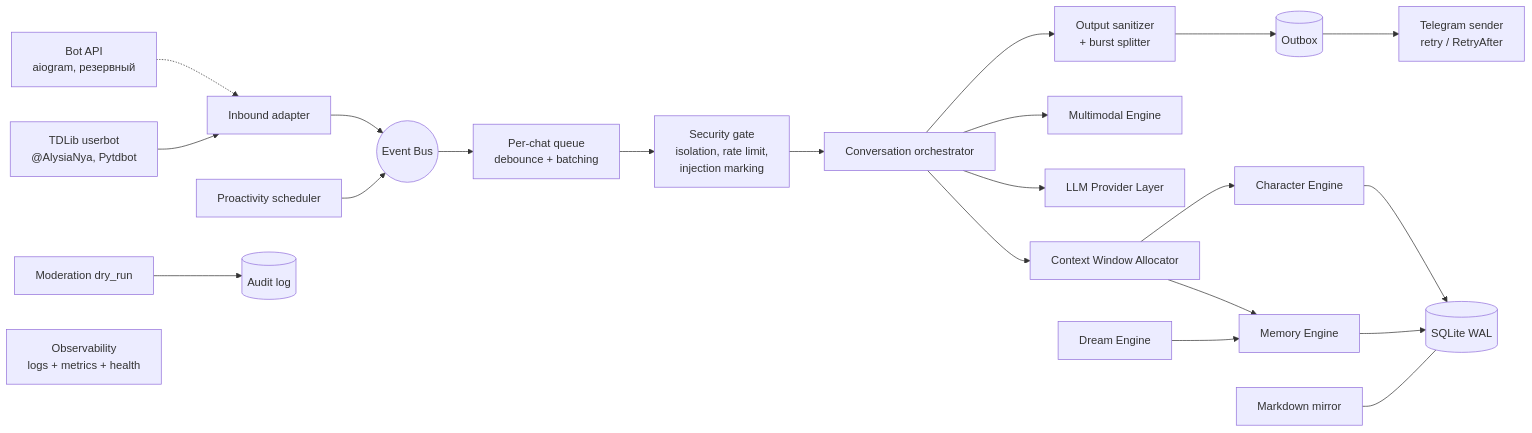
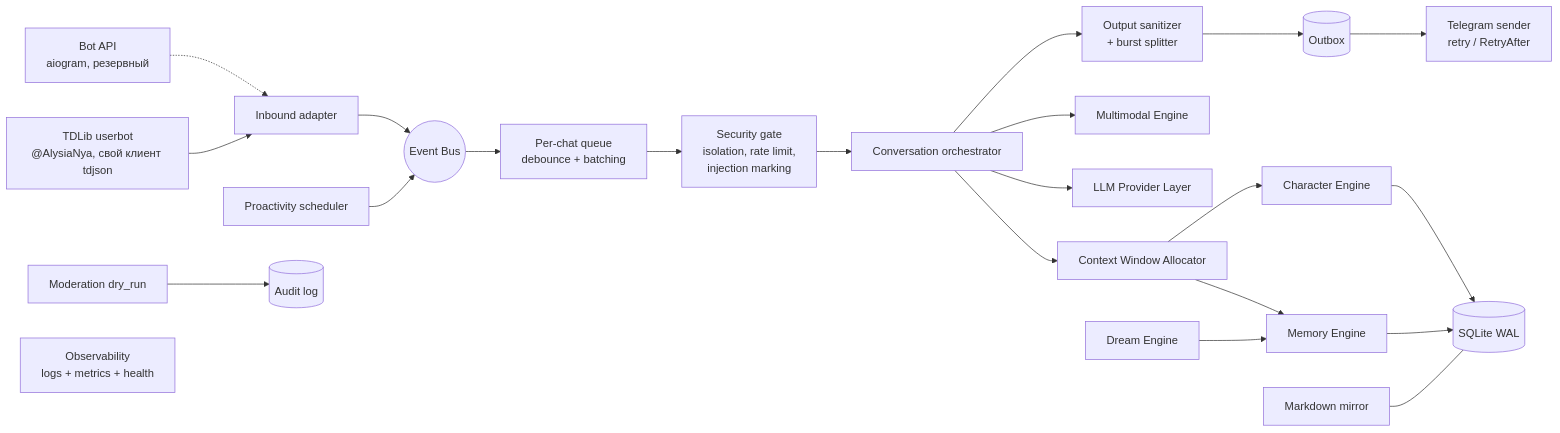
The diagram in docs/ARCHITECTURE.md (pizdalic/alya-v3), drawn with Mermaid before and after one commit. The commit also changed other lines of this file and 31 other files, not shown here.

First line of the commit message:
Phase 4: Telegram userbot (TDLib), addressee detection, debounce, outbox

````diff
--- a/docs/ARCHITECTURE.md
+++ b/docs/ARCHITECTURE.md
@@ -17,24 +17,24 @@
 ```mermaid
 flowchart LR
-  TD[TDLib userbot<br/>@AlysiaNya, Pytdbot] --> IN[Inbound adapter]
+  TD[TDLib userbot<br/>@AlysiaNya, свой клиент tdjson] --> IN[Inbound adapter]
   TG[Bot API<br/>aiogram, резервный] -.-> IN
   IN --> BUS((Event Bus))
   BUS --> Q[Per-chat queue<br/>debounce + batching]
   Q --> SEC[Security gate<br/>isolation, rate limit,<br/>injection marking]
   SEC --> ORCH[Conversation orchestrator]
   ORCH --> CTX[Context Window Allocator]
   CTX --> MEM[Memory Engine]
   CTX --> CHR[Character Engine]
   ORCH --> LLM[LLM Provider Layer]
   ORCH --> MM[Multimodal Engine]
   ORCH --> OUT[Output sanitizer<br/>+ burst splitter]
   OUT --> OB[(Outbox)]
   OB --> SEND[Telegram sender<br/>retry / RetryAfter]
   MEM --> DB[(SQLite WAL)]
   CHR --> DB
   DREAM[Dream Engine] --> MEM
   PRO[Proactivity scheduler] --> BUS
   MOD[Moderation dry_run] --> AUD[(Audit log)]
   MIR[Markdown mirror] --- DB
   OBS[Observability<br/>logs + metrics + health]
 ```
````
